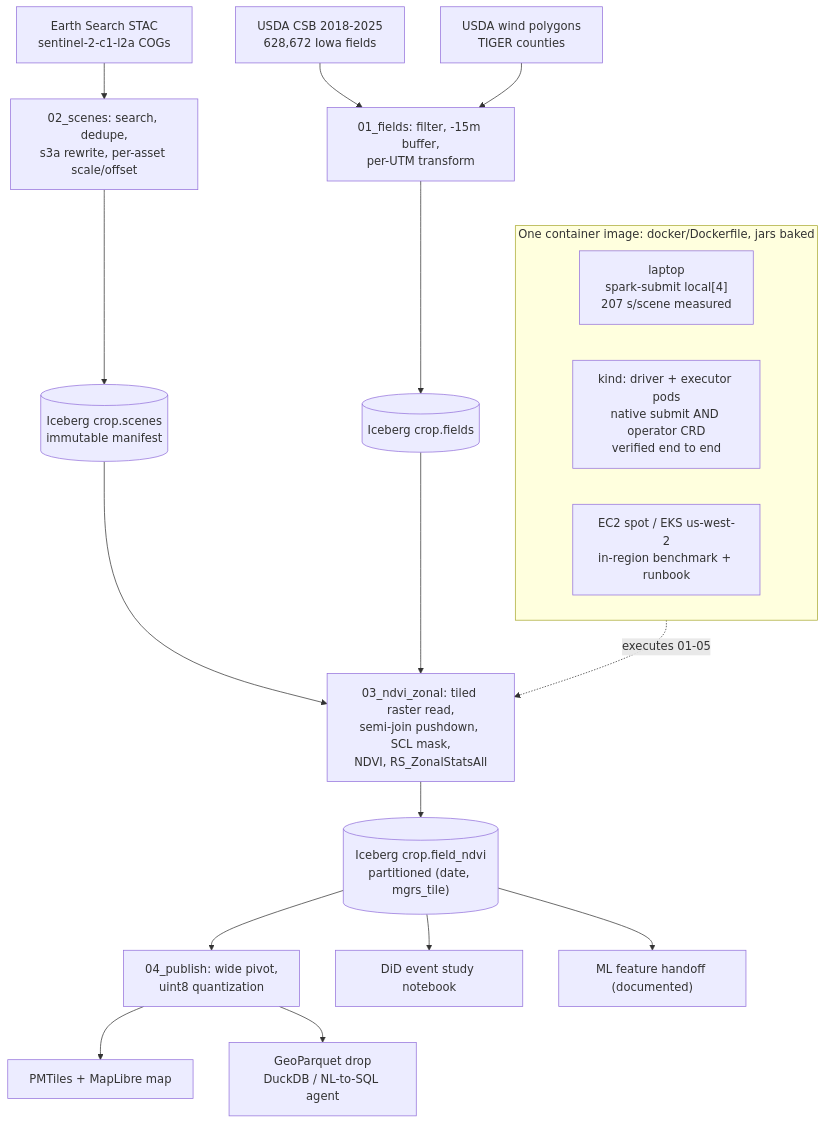
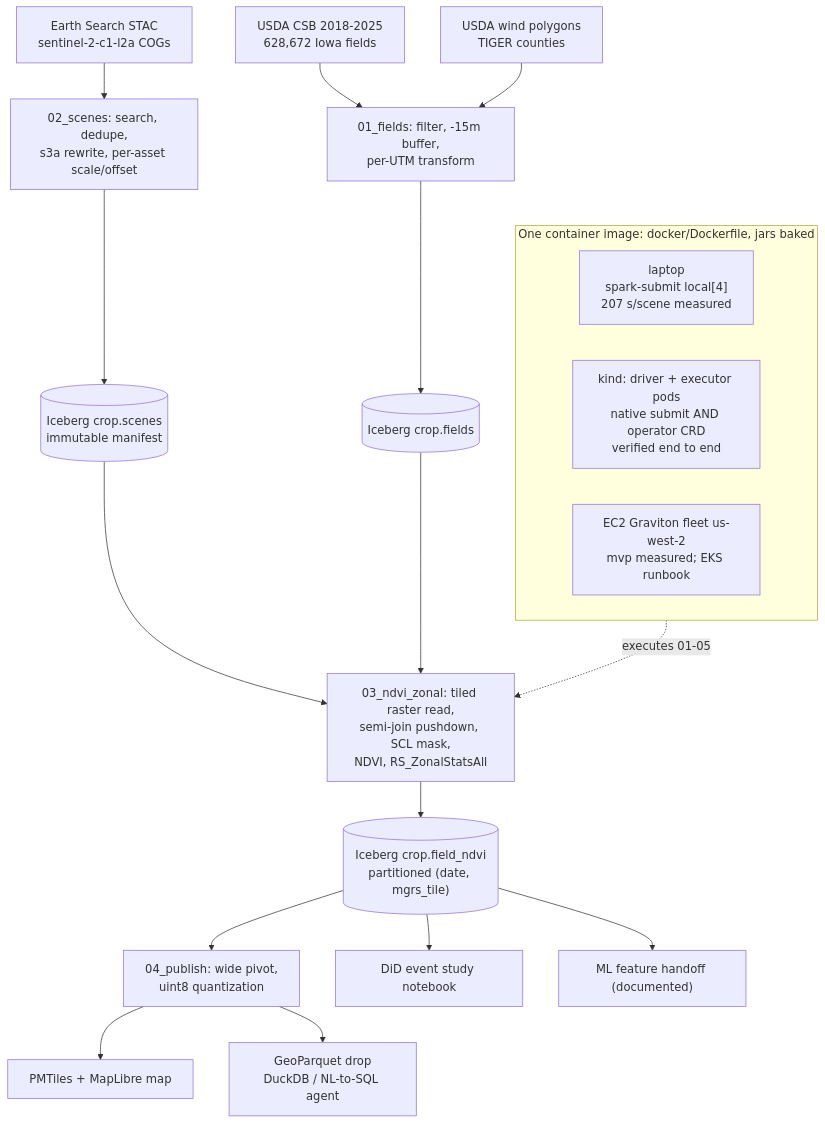
Before and after one commit to owensross27/s2-field-ndvi: the diagram in README.md, drawn with Mermaid. The commit also changed other lines of this file and 43 other files, not shown here.

````diff
--- a/README.md
+++ b/README.md
@@ -131,22 +132,22 @@
 ```mermaid
 flowchart TD
   A1["Earth Search STAC<br/>sentinel-2-c1-l2a COGs"] --> B["02_scenes: search, dedupe,<br/>s3a rewrite, per-asset scale/offset"]
   B --> C[("Iceberg crop.scenes<br/>immutable manifest")]
   A2["USDA CSB 2018-2025<br/>628,672 Iowa fields"] --> D["01_fields: filter, -15m buffer,<br/>per-UTM transform"]
   A3["USDA wind polygons<br/>TIGER counties"] --> D
   D --> E[("Iceberg crop.fields")]
   C --> F["03_ndvi_zonal: tiled raster read,<br/>semi-join pushdown, SCL mask,<br/>NDVI, RS_ZonalStatsAll"]
   E --> F
   F --> G[("Iceberg crop.field_ndvi<br/>partitioned (date, mgrs_tile)")]
   G --> H["04_publish: wide pivot,<br/>uint8 quantization"]
   H --> I["PMTiles + MapLibre map"]
   H --> J["GeoParquet drop<br/>DuckDB / NL-to-SQL agent"]
   G --> K["DiD event study notebook"]
   G --> L["ML feature handoff (documented)"]
   subgraph RT["One container image: docker/Dockerfile, jars baked"]
     R1["laptop<br/>spark-submit local[4]<br/>207 s/scene measured"]
     R2["kind: driver + executor pods<br/>native submit AND operator CRD<br/>verified end to end"]
-    R3["EC2 spot / EKS us-west-2<br/>in-region benchmark + runbook"]
+    R3["EC2 Graviton fleet us-west-2<br/>mvp measured; EKS runbook"]
   end
   RT -. "executes 01-05" .-> F
 ```
````
